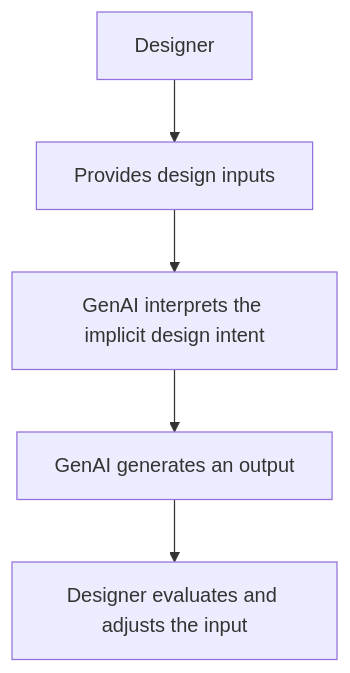
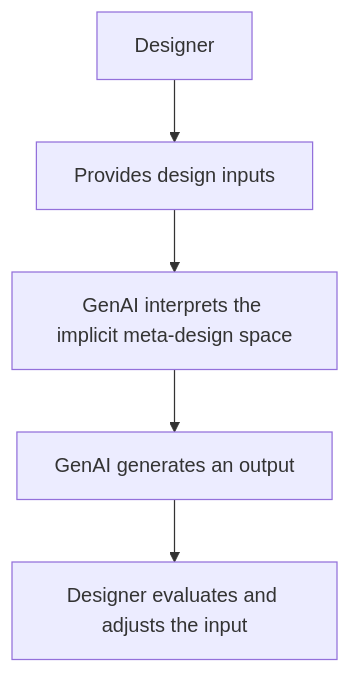
Before and after one commit to tllll64/meta_design: the first of 2 diagrams in Proposal/drafts/Proposal.md, drawn with Mermaid. The commit also changed other lines of this file and 22 other files, not shown here.

````diff
--- a/Proposal/drafts/Proposal.md
+++ b/Proposal/drafts/Proposal.md
@@ -69,7 +69,7 @@
 ```mermaid
 flowchart TD
     A[Designer] --> B[Provides design inputs]
-    B --> C[GenAI interprets the implicit design intent]
+    B --> C[GenAI interprets the implicit meta-design space]
     C --> D[GenAI generates an output]
     D --> E[Designer evaluates and adjusts the input]
 ```
````
